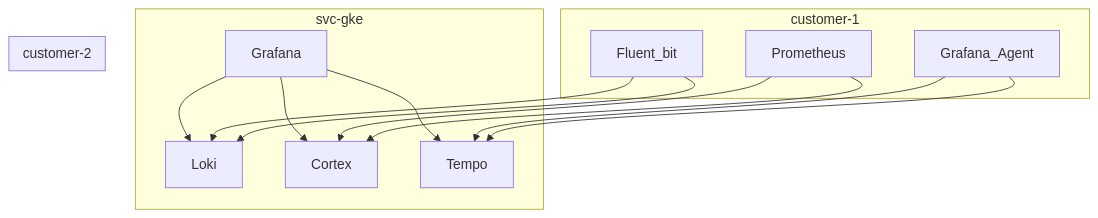
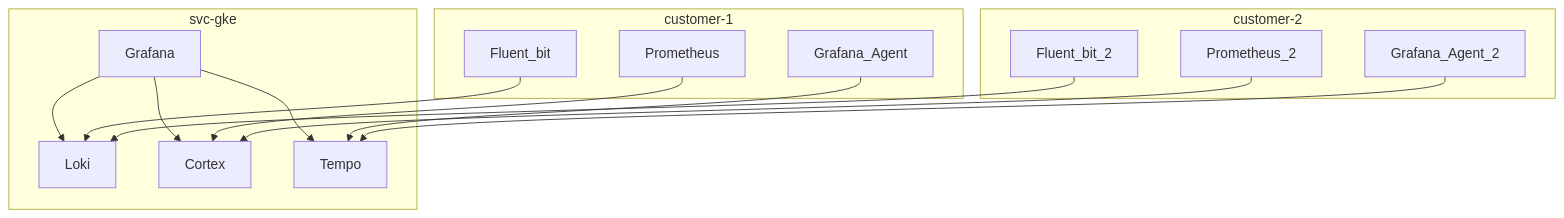
The first of 2 diagrams in diagrams/examples/monitor.md (edwardwu/gitrepo), drawn with Mermaid before and after one commit.

Commit message:
add monitor.md - add customer-2 fix

````diff
--- a/diagrams/examples/monitor.md
+++ b/diagrams/examples/monitor.md
@@ -1,18 +1,18 @@
 ```mermaid
 flowchart TB
     subgraph svc-gke
     Grafana-->Loki
     Grafana-->Cortex
     Grafana-->Tempo
     end
     subgraph customer-1
     Prometheus-->Cortex
     Fluent_bit-->Loki
     Grafana_Agent-->Tempo
     end
     subgraph customer-2
-    Prometheus-->Cortex
-    Fluent_bit-->Loki
-    Grafana_Agent-->Tempo
+    Prometheus_2-->Cortex
+    Fluent_bit_2-->Loki
+    Grafana_Agent_2-->Tempo
     end
 ```
````
